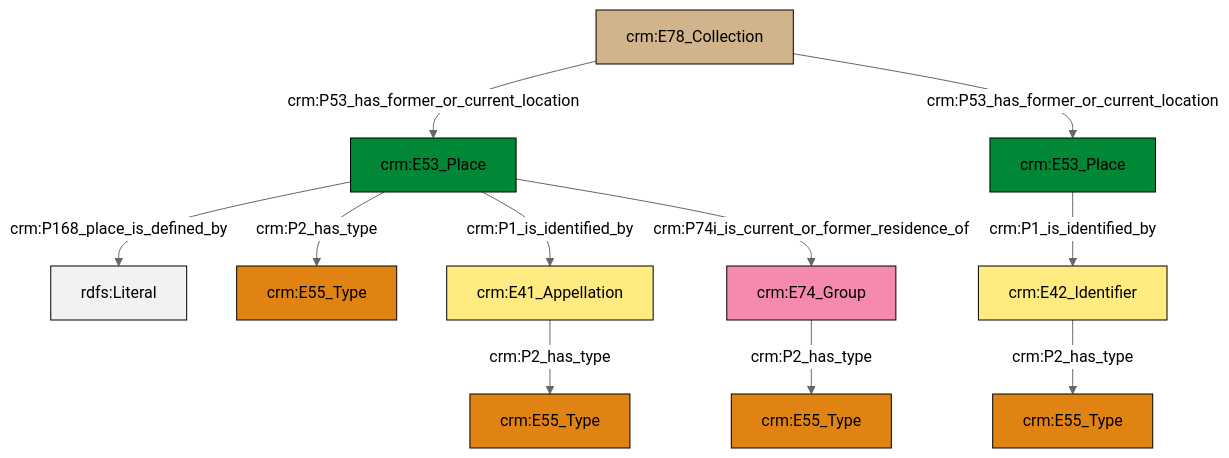
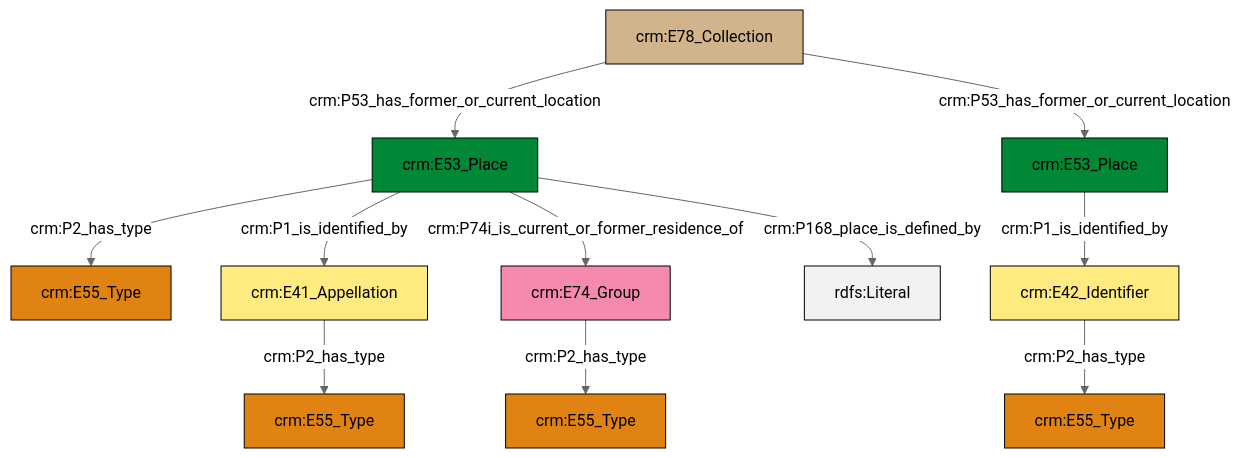
One commit to swiss-art-research-net/docs.swissartresearch changed the diagram in et/archivalCSV/ttl/mmd/archival_location.ttl.mmd. Above: the diagram before and after it, drawn with Mermaid (neutral theme). The commit also changed 174 other files, not shown here.

```diff
--- a/et/archivalCSV/ttl/mmd/archival_location.ttl.mmd
+++ b/et/archivalCSV/ttl/mmd/archival_location.ttl.mmd
@@ -1,25 +1,25 @@
 graph TD
 classDef Literal fill:#f2f2f2,stroke:#000000;
 classDef CRM_Entity fill:#FFFFFF,stroke:#000000;
 classDef Temporal_Entity fill:#00C9E6, stroke:#000000;
 classDef Type fill:#E18312, stroke:#000000;
 classDef Time-Span fill:#2C9C91, stroke:#000000;
 classDef Appellation fill:#FFEB7F, stroke:#000000;
 classDef Place fill:#008836, stroke:#000000;
 classDef Persistent_Item fill:#B266B2, stroke:#000000;
 classDef Conceptual_Object fill:#FFD700, stroke:#000000;
 classDef Physical_Thing fill:#D2B48C, stroke:#000000;
 classDef Actor fill:#f58aad, stroke:#000000;
 classDef PC_Classes fill:#4ce600, stroke:#000000;
 classDef Multi fill:#cccccc,stroke:#000000;
 
-0["crm:E53_Place"]:::Place -->|crm:P168_place_is_defined_by| 1[rdfs:Literal]:::Literal
-8["crm:E53_Place"]:::Place -->|crm:P1_is_identified_by| 2["crm:E42_Identifier"]:::Appellation
-0["crm:E53_Place"]:::Place -->|crm:P2_has_type| 13["crm:E55_Type"]:::Type
-6["crm:E78_Collection"]:::Physical_Thing -->|crm:P53_has_former_or_current_location| 0["crm:E53_Place"]:::Place
-11["crm:E41_Appellation"]:::Appellation -->|crm:P2_has_type| 15["crm:E55_Type"]:::Type
-0["crm:E53_Place"]:::Place -->|crm:P1_is_identified_by| 11["crm:E41_Appellation"]:::Appellation
-4["crm:E74_Group"]:::Actor -->|crm:P2_has_type| 19["crm:E55_Type"]:::Type
-2["crm:E42_Identifier"]:::Appellation -->|crm:P2_has_type| 16["crm:E55_Type"]:::Type
-0["crm:E53_Place"]:::Place -->|crm:P74i_is_current_or_former_residence_of| 4["crm:E74_Group"]:::Actor
-6["crm:E78_Collection"]:::Physical_Thing -->|crm:P53_has_former_or_current_location| 8["crm:E53_Place"]:::Place
+2["crm:E78_Collection"]:::Physical_Thing -->|crm:P53_has_former_or_current_location| 3["crm:E53_Place"]:::Place
+3["crm:E53_Place"]:::Place -->|crm:P2_has_type| 0["crm:E55_Type"]:::Type
+3["crm:E53_Place"]:::Place -->|crm:P1_is_identified_by| 6["crm:E41_Appellation"]:::Appellation
+2["crm:E78_Collection"]:::Physical_Thing -->|crm:P53_has_former_or_current_location| 8["crm:E53_Place"]:::Place
+6["crm:E41_Appellation"]:::Appellation -->|crm:P2_has_type| 9["crm:E55_Type"]:::Type
+13["crm:E42_Identifier"]:::Appellation -->|crm:P2_has_type| 10["crm:E55_Type"]:::Type
+3["crm:E53_Place"]:::Place -->|crm:P74i_is_current_or_former_residence_of| 15["crm:E74_Group"]:::Actor
+8["crm:E53_Place"]:::Place -->|crm:P1_is_identified_by| 13["crm:E42_Identifier"]:::Appellation
+3["crm:E53_Place"]:::Place -->|crm:P168_place_is_defined_by| 19[rdfs:Literal]:::Literal
+15["crm:E74_Group"]:::Actor -->|crm:P2_has_type| 4["crm:E55_Type"]:::Type
```
